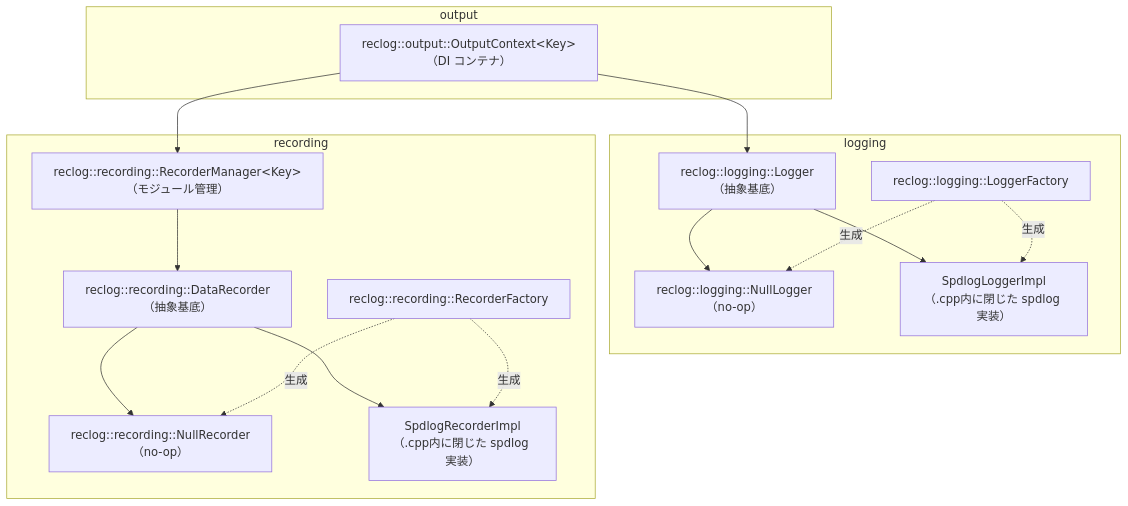
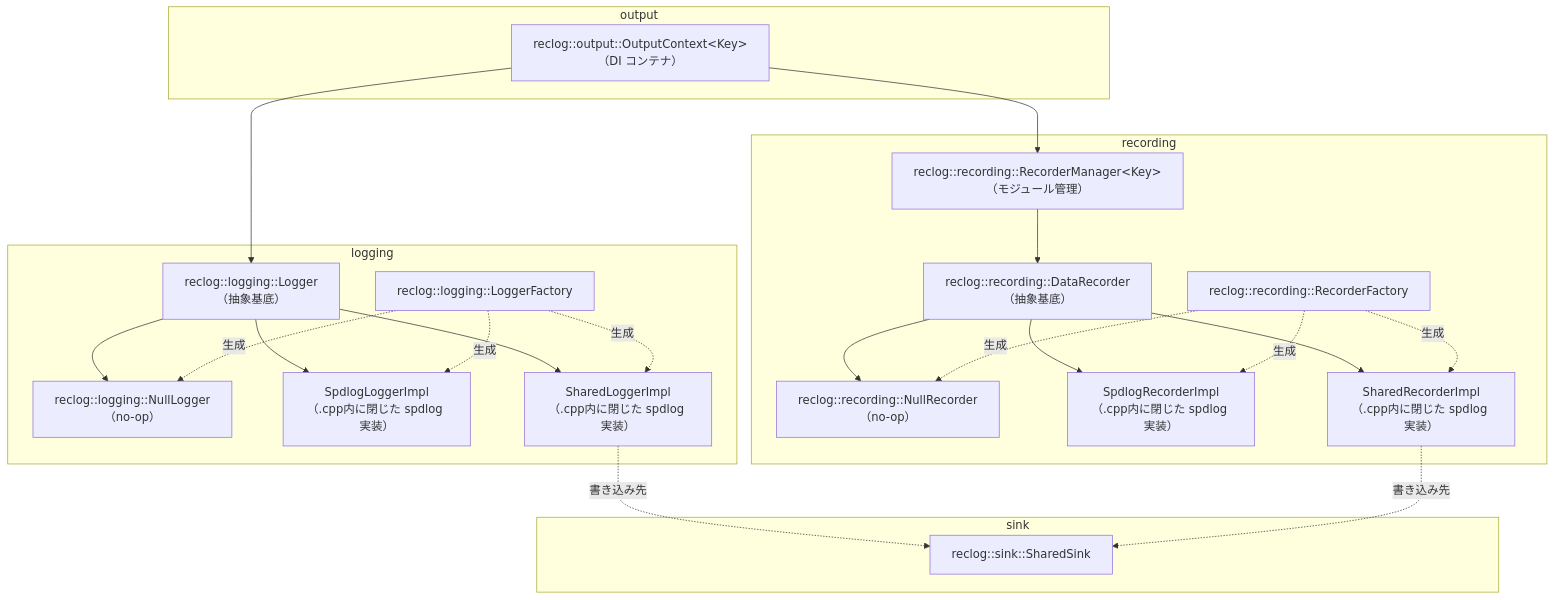
The diagram in docs/output-system.md (mkiyooka/reclog), drawn with Mermaid before and after one commit. The commit also changed other lines of this file and 11 other files, not shown here.

First line of the commit message:
feat: 診断ログと解析データを1ファイルに集約する SharedSink を追加

````diff
--- a/docs/output-system.md
+++ b/docs/output-system.md
@@ -178,33 +181,45 @@
 ```mermaid
 graph TD
+    subgraph sink
+        SS["reclog::sink::SharedSink"]
+    end
+
     subgraph logging
         L["reclog::logging::Logger\n（抽象基底）"]
         NL["reclog::logging::NullLogger\n（no-op）"]
         SL["SpdlogLoggerImpl\n（.cpp内に閉じた spdlog 実装）"]
+        SHL["SharedLoggerImpl\n（.cpp内に閉じた spdlog 実装）"]
         LF["reclog::logging::LoggerFactory"]
         L --> NL
         L --> SL
+        L --> SHL
         LF -.生成.-> SL
         LF -.生成.-> NL
+        LF -.生成.-> SHL
+        SHL -.書き込み先.-> SS
     end
 
     subgraph recording
         DR["reclog::recording::DataRecorder\n（抽象基底）"]
         NR["reclog::recording::NullRecorder\n（no-op）"]
         SR["SpdlogRecorderImpl\n（.cpp内に閉じた spdlog 実装）"]
+        SHR["SharedRecorderImpl\n（.cpp内に閉じた spdlog 実装）"]
         RM["reclog::recording::RecorderManager&lt;Key&gt;\n（モジュール管理）"]
         RF["reclog::recording::RecorderFactory"]
         DR --> NR
         DR --> SR
+        DR --> SHR
         RM --> DR
         RF -.生成.-> SR
         RF -.生成.-> NR
+        RF -.生成.-> SHR
+        SHR -.書き込み先.-> SS
     end
 
     subgraph output
         OC["reclog::output::OutputContext&lt;Key&gt;\n（DI コンテナ）"]
     end
 
     OC --> L
     OC --> RM
 ```
````
